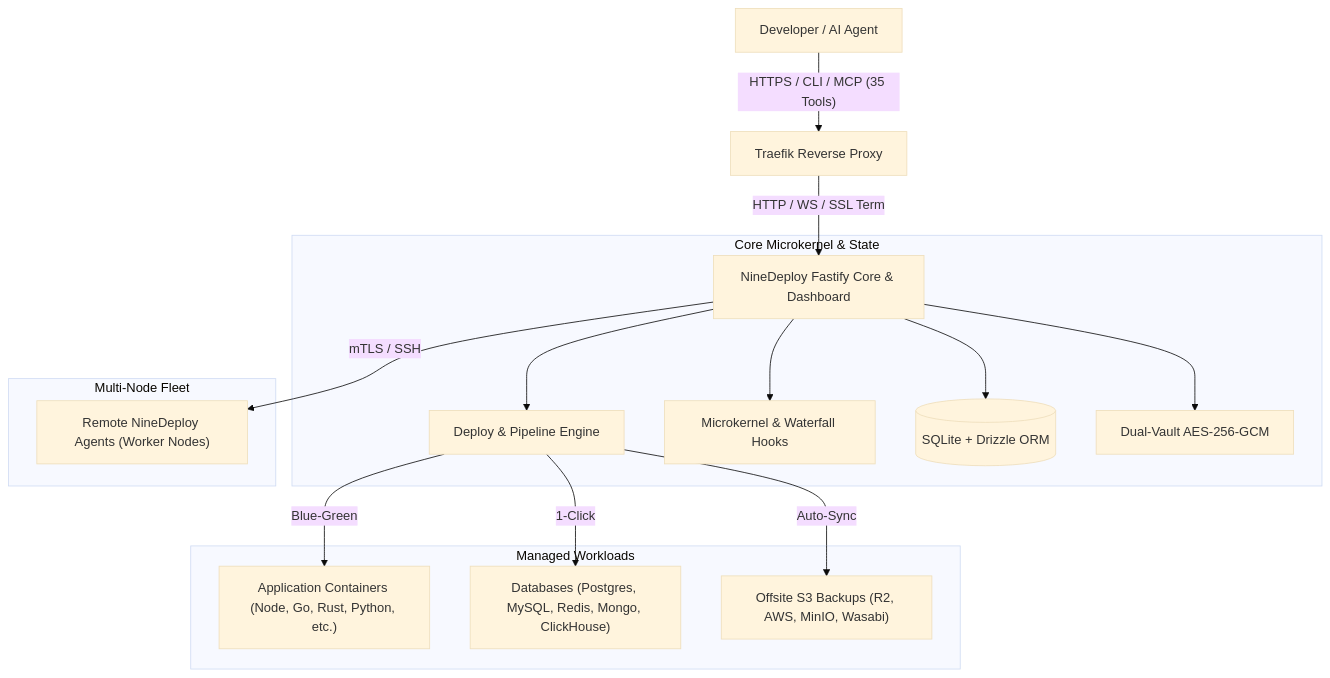
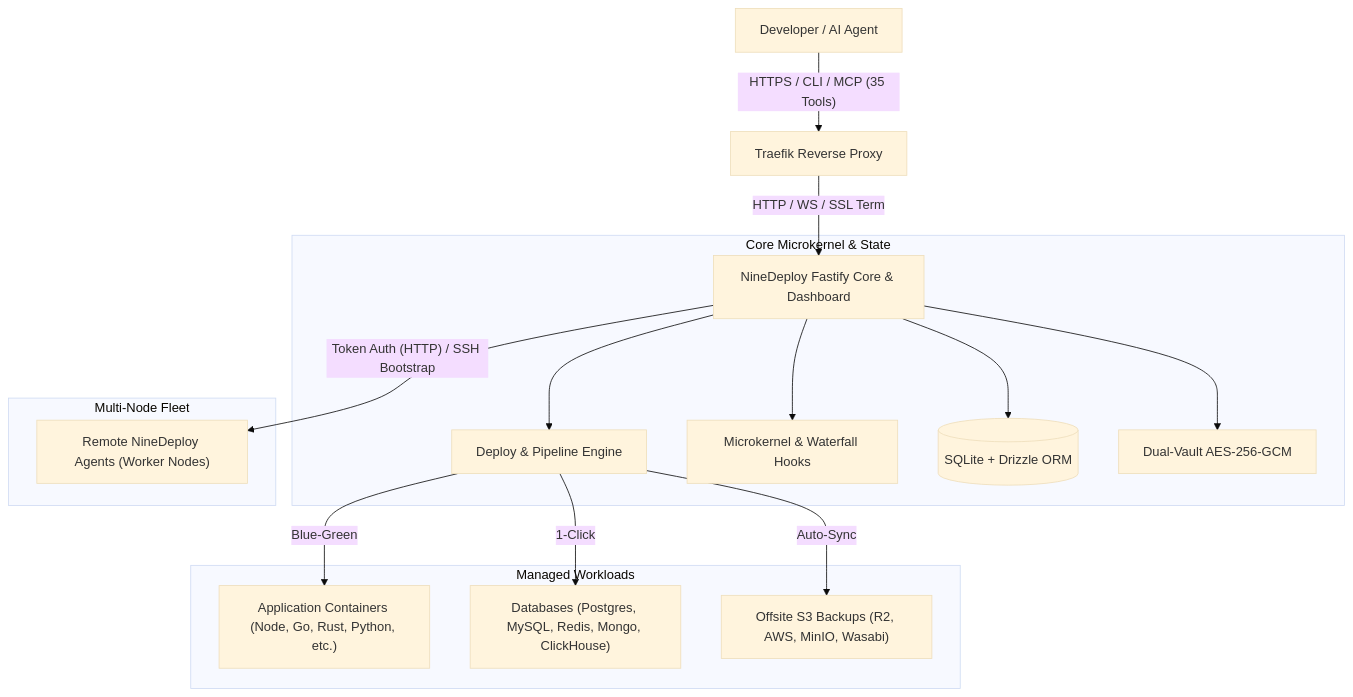
One commit to NineDeploy/NineDeploy changed the diagram in README.md. Above: the diagram before and after it, drawn with Mermaid (base theme). The commit also changed other lines of this file and 24 other files, not shown here.

````diff
--- a/README.md
+++ b/README.md
@@ -67,22 +67,22 @@
 ```mermaid
 graph TD
     User["Developer / AI Agent"] -->|"HTTPS / CLI / MCP (35 Tools)"| Ingress["Traefik Reverse Proxy"]
     Ingress -->|"HTTP / WS / SSL Term"| API["NineDeploy Fastify Core & Dashboard"]
     
     subgraph "Core Microkernel & State"
         API --> Engine["Deploy & Pipeline Engine"]
         API --> Microkernel["Microkernel & Waterfall Hooks"]
         API --> DB[(SQLite + Drizzle ORM)]
         API --> Secrets["Dual-Vault AES-256-GCM"]
     end
     
     subgraph "Managed Workloads"
         Engine -->|"Blue-Green"| Apps["Application Containers (Node, Go, Rust, Python, etc.)"]
         Engine -->|"1-Click"| Databases["Databases (Postgres, MySQL, Redis, Mongo, ClickHouse)"]
         Engine -->|"Auto-Sync"| S3["Offsite S3 Backups (R2, AWS, MinIO, Wasabi)"]
     end
     
     subgraph "Multi-Node Fleet"
-        API -->|"mTLS / SSH"| Agent["Remote NineDeploy Agents (Worker Nodes)"]
+        API -->|"Token Auth (HTTP) / SSH Bootstrap"| Agent["Remote NineDeploy Agents (Worker Nodes)"]
     end
 ```
````
